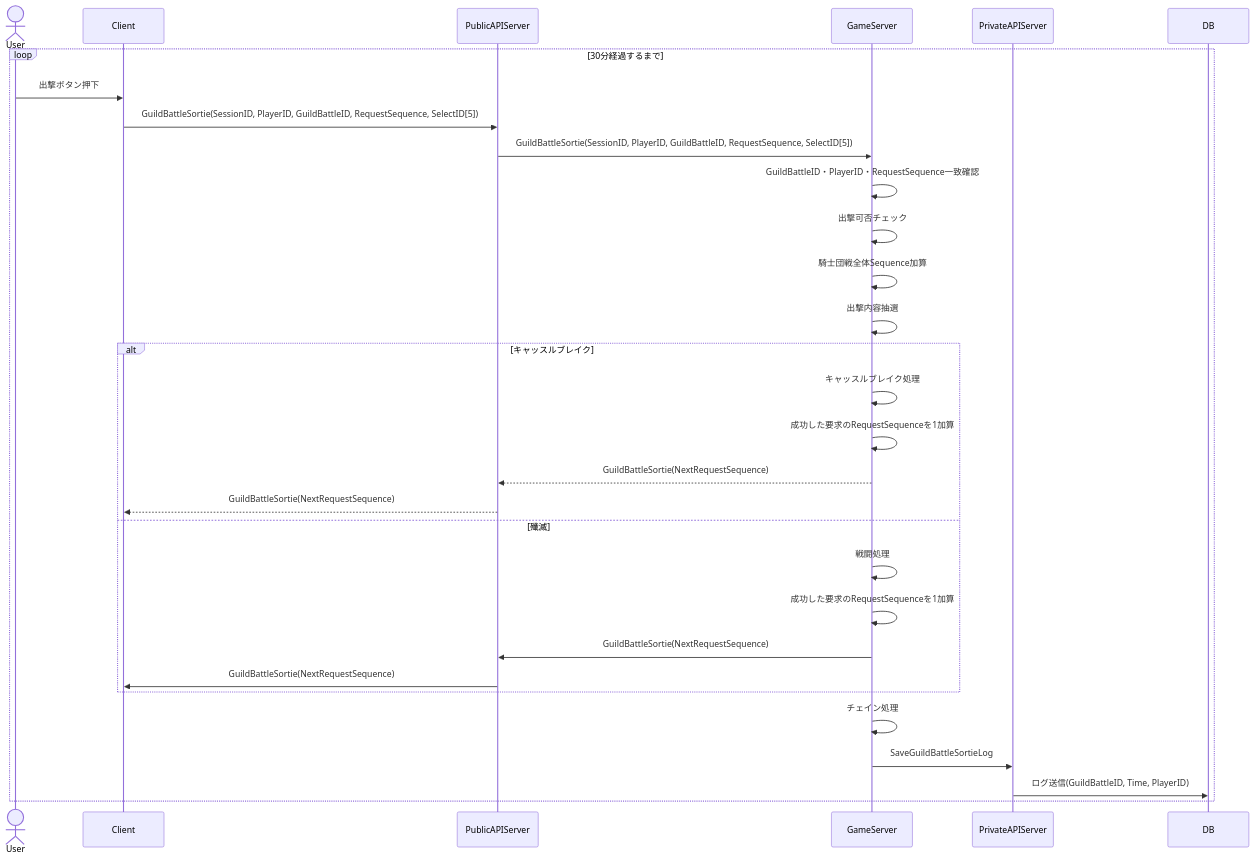
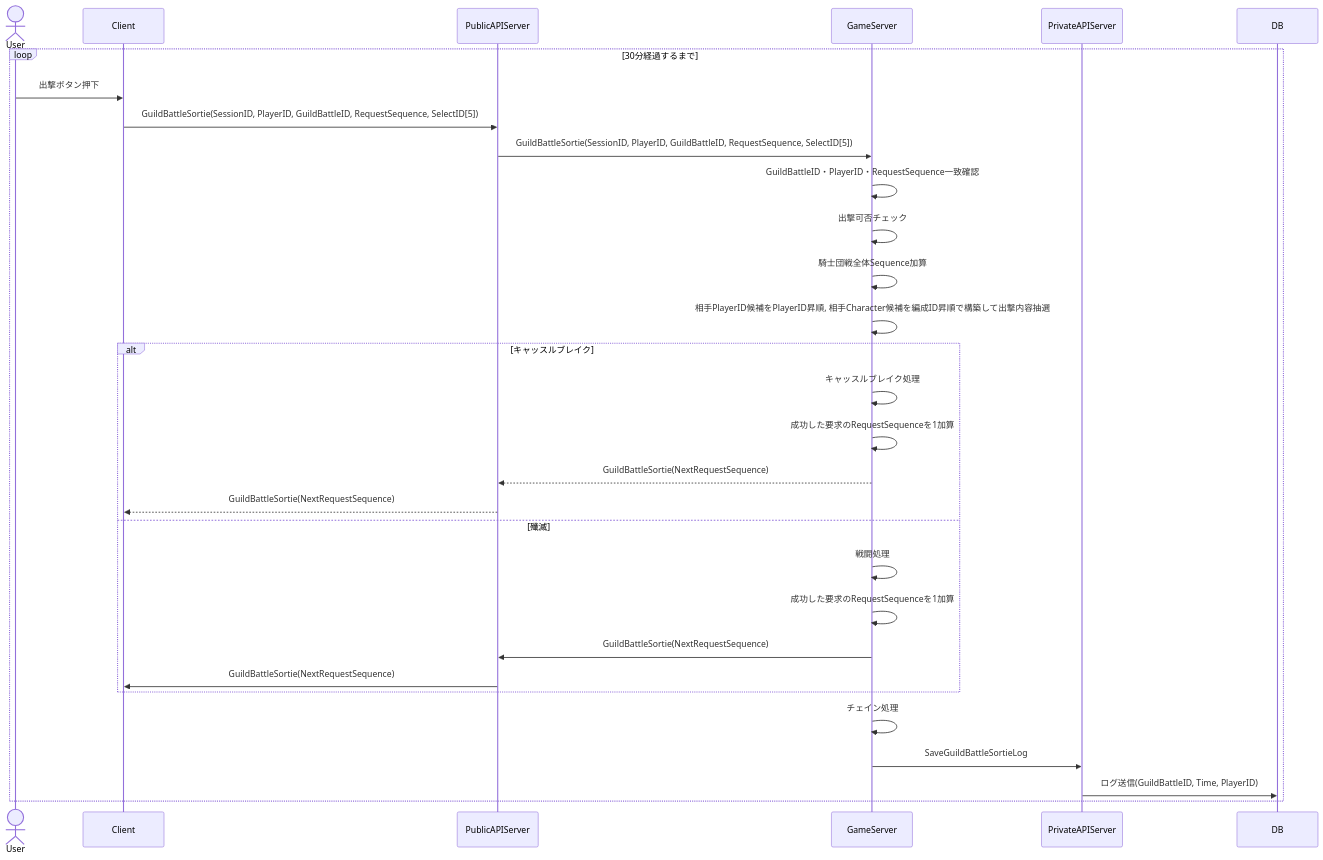
The seventh of 16 diagrams in design/guild_battle.md (ReHydrangeaOdyssey/Specifications), drawn with Mermaid before and after one commit. The commit also changed other lines of this file and 17 other files, not shown here.

````diff
--- a/design/guild_battle.md
+++ b/design/guild_battle.md
@@ -254,36 +259,36 @@
 ```mermaid
 sequenceDiagram
     actor User
     participant Client
     participant PublicAPIServer
     participant GameServer
     participant PrivateAPIServer
     participant DB
 
     loop 30分経過するまで
         User ->> Client: 出撃ボタン押下
         Client ->> PublicAPIServer: GuildBattleSortie(SessionID, PlayerID, GuildBattleID, RequestSequence, SelectID[5])
         PublicAPIServer ->> GameServer: GuildBattleSortie(SessionID, PlayerID, GuildBattleID, RequestSequence, SelectID[5])
         GameServer ->> GameServer: GuildBattleID・PlayerID・RequestSequence一致確認
         GameServer ->> GameServer: 出撃可否チェック
         GameServer ->> GameServer: 騎士団戦全体Sequence加算
-        GameServer ->> GameServer: 出撃内容抽選
+        GameServer ->> GameServer: 相手PlayerID候補をPlayerID昇順, 相手Character候補を編成ID昇順で構築して出撃内容抽選
 
         alt キャッスルブレイク
             GameServer ->> GameServer: キャッスルブレイク処理
             GameServer->>GameServer: 成功した要求のRequestSequenceを1加算
             GameServer -->> PublicAPIServer: GuildBattleSortie(NextRequestSequence)
             PublicAPIServer -->> Client: GuildBattleSortie(NextRequestSequence)
         else 殲滅
             GameServer ->> GameServer: 戦闘処理
             GameServer->>GameServer: 成功した要求のRequestSequenceを1加算
             GameServer ->> PublicAPIServer: GuildBattleSortie(NextRequestSequence)
             PublicAPIServer ->> Client: GuildBattleSortie(NextRequestSequence)
         end
 
         GameServer ->> GameServer: チェイン処理
 
         GameServer ->> PrivateAPIServer: SaveGuildBattleSortieLog
         PrivateAPIServer ->> DB: ログ送信(GuildBattleID, Time, PlayerID)
     end
 ```
````
